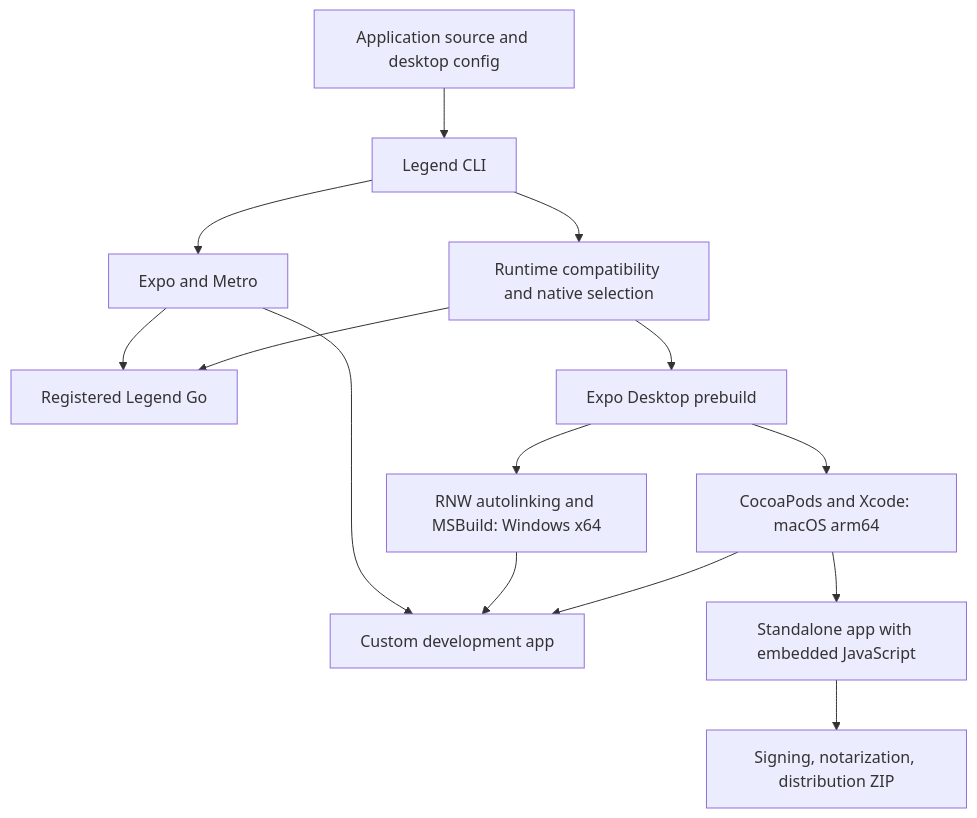
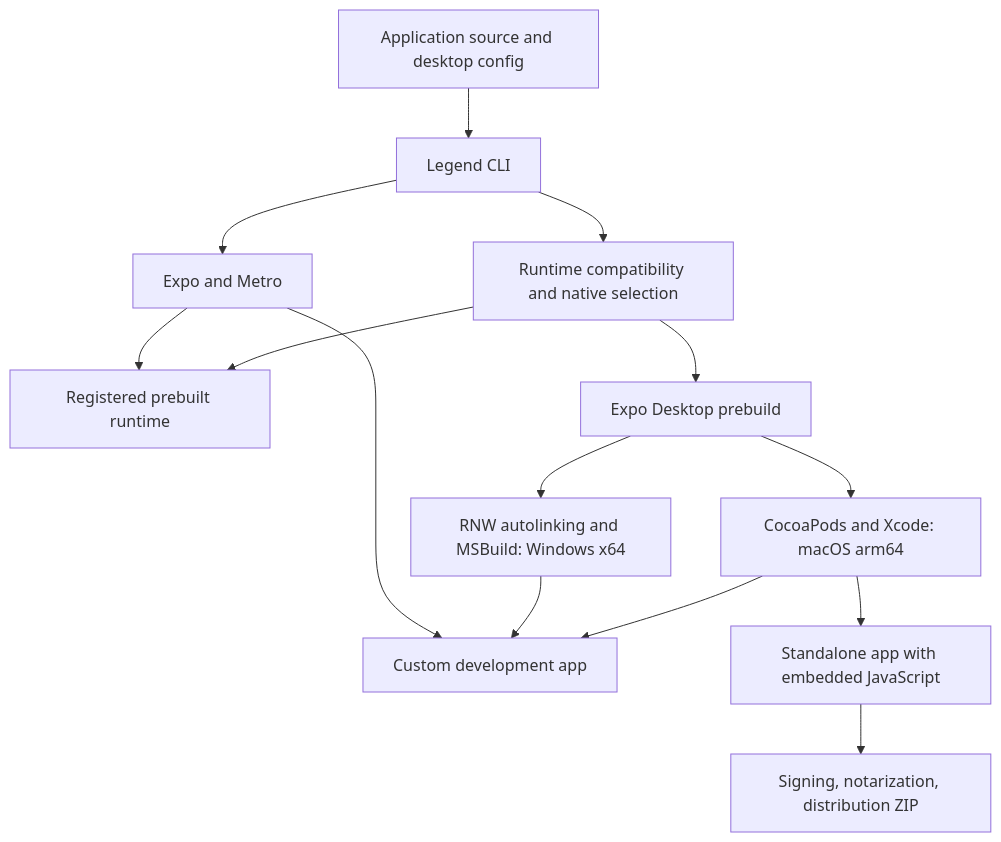
Before and after one commit to LegendApp/legend-frame: the diagram in ARCHITECTURE.md, drawn with Mermaid. The commit also changed other lines of this file and 41 other files, not shown here.

First line of the commit message:
refactor: rename Legend Go to prebuilt runtime

````diff
--- a/ARCHITECTURE.md
+++ b/ARCHITECTURE.md
@@ -20,16 +20,16 @@
 ```mermaid
 flowchart TD
   App[Application source and desktop config] --> CLI[Legend CLI]
   CLI --> Metro[Expo and Metro]
   CLI --> Check[Runtime compatibility and native selection]
-  Check --> Go[Registered Legend Go]
+  Check --> prebuilt[Registered prebuilt runtime]
   Check --> Build[Expo Desktop prebuild]
   Build --> Mac[CocoaPods and Xcode: macOS arm64]
   Build --> Win[RNW autolinking and MSBuild: Windows x64]
   Mac --> Dev[Custom development app]
   Win --> Dev
   Mac --> Release[Standalone app with embedded JavaScript]
-  Metro --> Go
+  Metro --> prebuilt
   Metro --> Dev
   Release --> Package[Signing, notarization, distribution ZIP]
 ```
````
